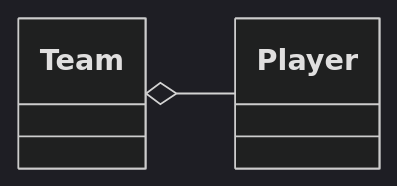
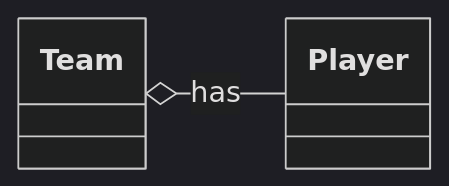
Before and after one commit to alexpjava/ApartmentPredictorAlpy: the sixth of 7 diagrams in docs/uml-notes.md, drawn with Mermaid (dark theme). The commit also changed other lines of this file and 1 other file, not shown here.

Commit message:
Refactor documentation and ER - UML diagrams

````diff
--- a/docs/uml-notes.md
+++ b/docs/uml-notes.md
@@ -201,5 +216,5 @@
-``` mermaid
+```mermaid
 classDiagram
 direction LR
-Team o-- Player
+Team o-- Player : has
 ```
````
